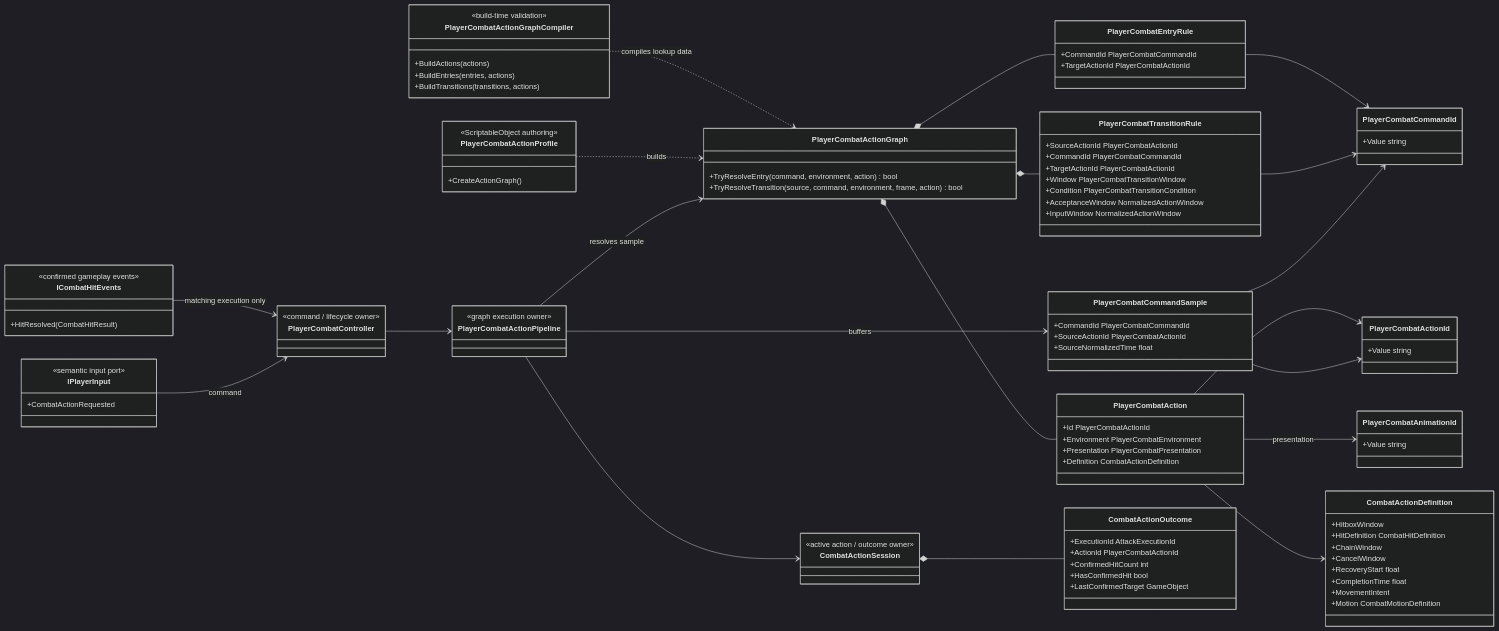
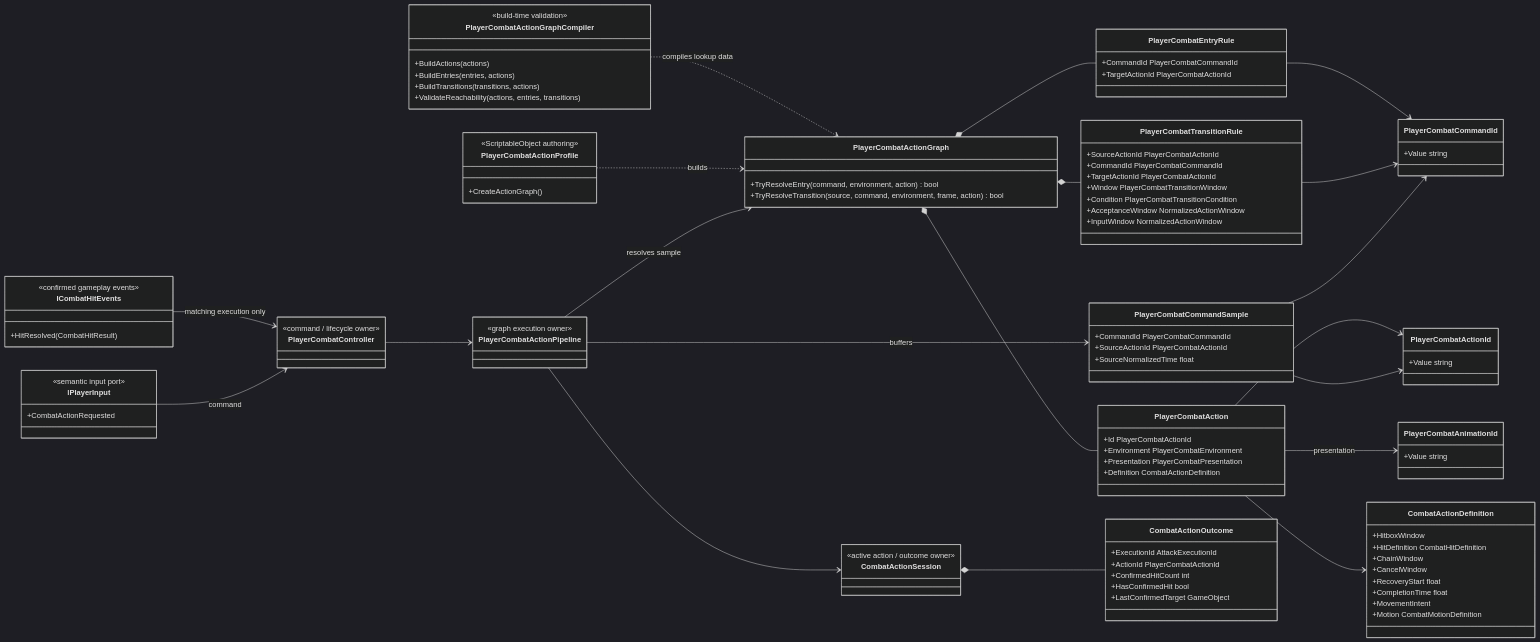
Before and after one commit to MaximFonariuc/project-s: the diagram in Docs/Architecture/Combat.ActionModel.md, drawn with Mermaid (dark theme). The commit also changed other lines of this file and 3 other files, not shown here.

Commit message:
docs(combat): align moveset architecture

```diff
--- a/Docs/Architecture/Combat.ActionModel.md
+++ b/Docs/Architecture/Combat.ActionModel.md
@@ -41,6 +41,7 @@
         +BuildActions(actions)
         +BuildEntries(entries, actions)
         +BuildTransitions(transitions, actions)
+        +ValidateReachability(actions, entries, transitions)
     }
     class PlayerCombatEntryRule {
         +CommandId PlayerCombatCommandId
```
